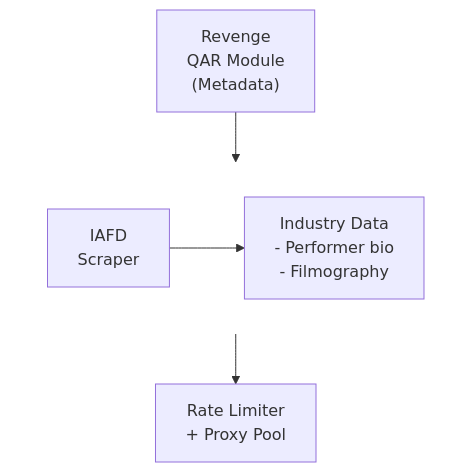
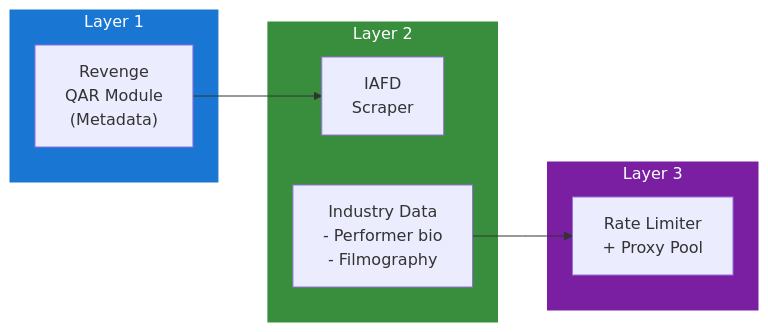
The diagram in docs/dev/design/integrations/wiki/adult/IAFD.md (lusoris/revenge), drawn with Mermaid before and after one commit. The commit also changed 215 other files, not shown here.

First line of the commit message:
feat(diagrams): convert all ASCII diagrams to Mermaid with LR subgraphs

````diff
--- a/docs/dev/design/integrations/wiki/adult/IAFD.md
+++ b/docs/dev/design/integrations/wiki/adult/IAFD.md
@@ -57,16 +57,24 @@
 ```mermaid
-flowchart TD
-    node1["Revenge<br/>QAR Module<br/>(Metadata)"]
-    subgraph row1[ ]
-        direction LR
+flowchart LR
+    subgraph Layer1["Layer 1"]
+        node1["Revenge<br/>QAR Module<br/>(Metadata)"]
+    end
+
+    subgraph Layer2["Layer 2"]
         node2["IAFD<br/>Scraper"]
         node3["Industry Data<br/>- Performer bio<br/>- Filmography"]
     end
-    node4["Rate Limiter<br/>+ Proxy Pool"]
-    node2 --> node3
+
+    subgraph Layer3["Layer 3"]
+        node4["Rate Limiter<br/>+ Proxy Pool"]
+    end
+
+    %% Connections
     node1 --> node2
     node3 --> node4
 
-    %% Hide row subgraph borders
-    style row1 fill:transparent,stroke:transparent
+    %% Styling
+    style Layer1 fill:#1976D2,stroke:#1976D2,color:#fff
+    style Layer2 fill:#388E3C,stroke:#388E3C,color:#fff
+    style Layer3 fill:#7B1FA2,stroke:#7B1FA2,color:#fff
 ```
````
